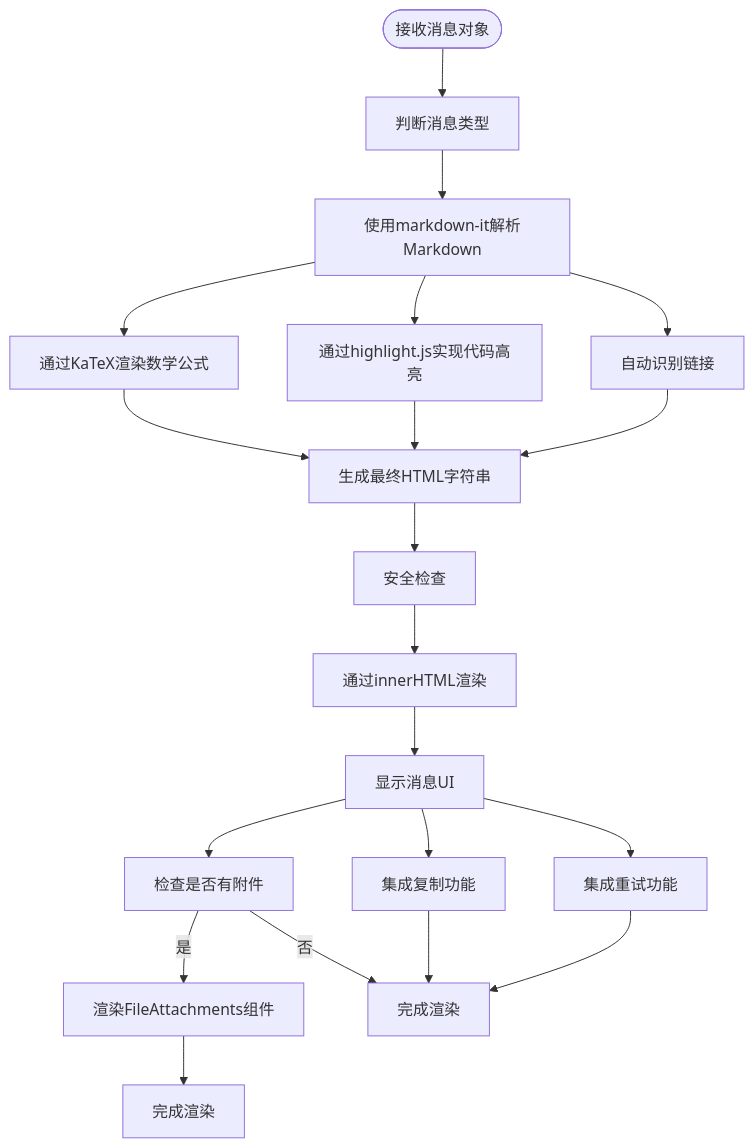
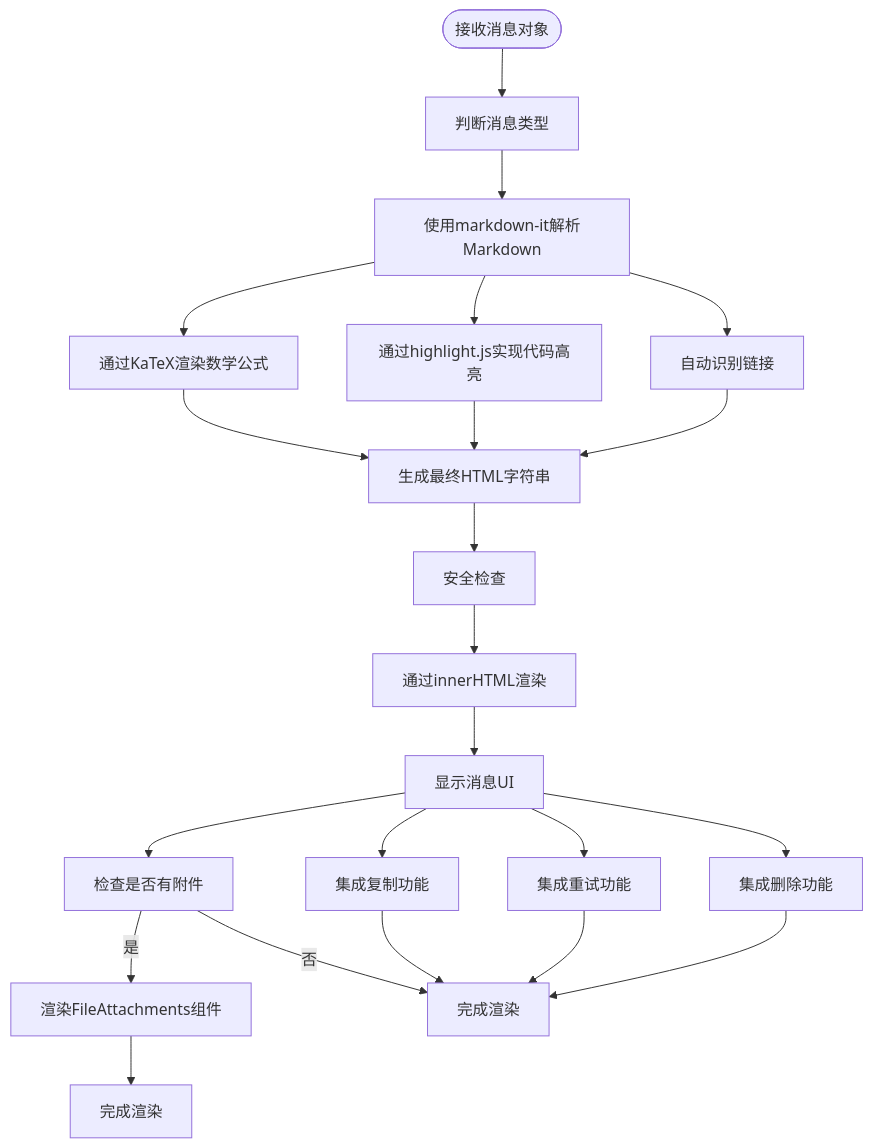
Before and after one commit to zfyime/chat-mini: the fourth of 10 diagrams in .qoder/repowiki/zh/content/组件架构/MessageItem组件.md, drawn with Mermaid. The commit also changed other lines of this file and 10 other files, not shown here.

````diff
--- a/.qoder/repowiki/zh/content/组件架构/MessageItem组件.md
+++ b/.qoder/repowiki/zh/content/组件架构/MessageItem组件.md
@@ -172,22 +180,24 @@
 ```mermaid
 flowchart TD
 Start([接收消息对象]) --> TypeCheck["判断消息类型"]
 TypeCheck --> MarkdownParse["使用markdown-it解析Markdown"]
 MarkdownParse --> KatexRender["通过KaTeX渲染数学公式"]
 MarkdownParse --> HighlightRender["通过highlight.js实现代码高亮"]
 MarkdownParse --> Linkify["自动识别链接"]
 KatexRender --> FinalHTML["生成最终HTML字符串"]
 HighlightRender --> FinalHTML
 Linkify --> FinalHTML
 FinalHTML --> SecurityCheck["安全检查"]
 SecurityCheck --> InnerHTML["通过innerHTML渲染"]
 InnerHTML --> UI["显示消息UI"]
 UI --> CopyFeature["集成复制功能"]
 UI --> RetryFeature["集成重试功能"]
+UI --> DeleteFeature["集成删除功能"]
 UI --> AttachmentCheck["检查是否有附件"]
 AttachmentCheck --> |是| RenderAttachments["渲染FileAttachments组件"]
 AttachmentCheck --> |否| End1["完成渲染"]
 RenderAttachments --> End2["完成渲染"]
 CopyFeature --> End1
 RetryFeature --> End1
+DeleteFeature --> End1
 ```
````
